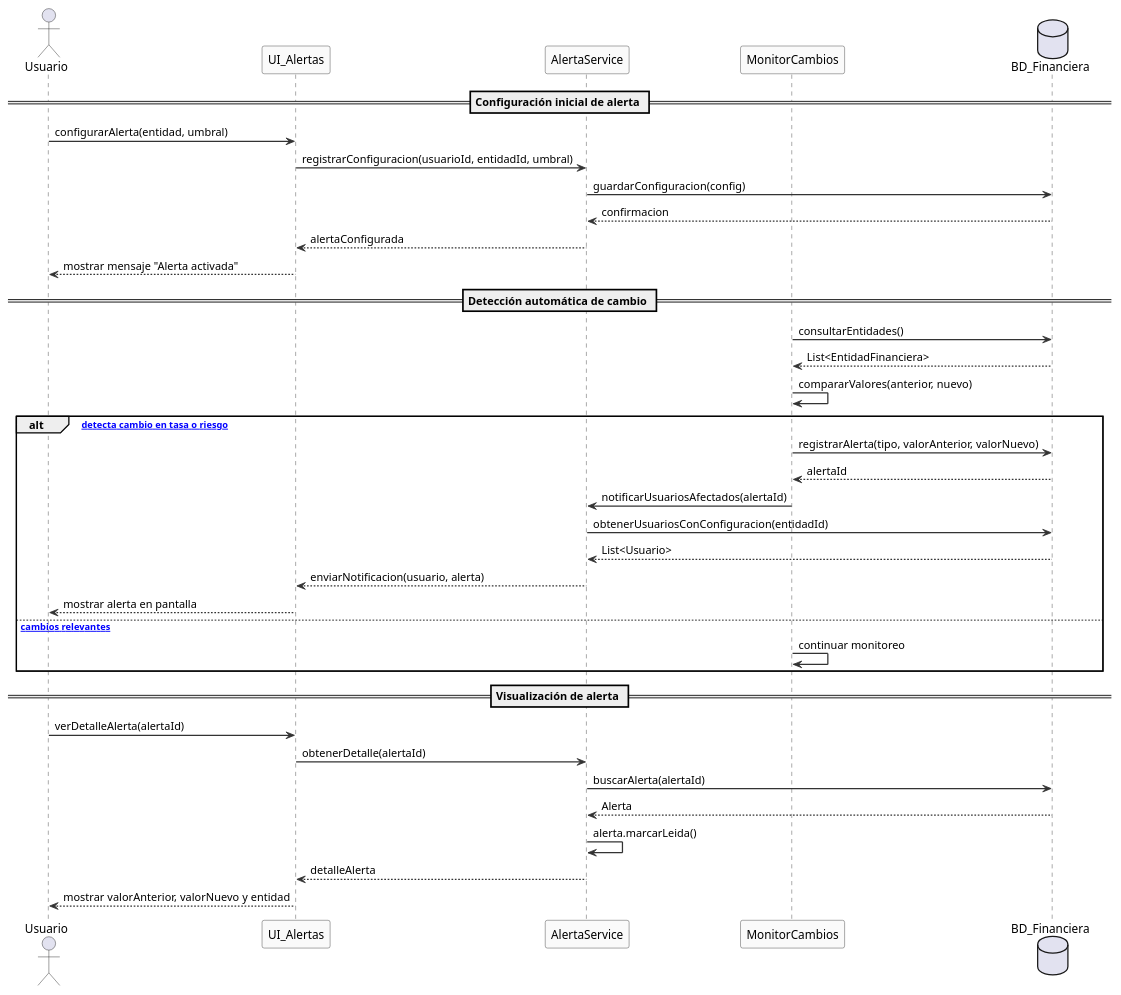
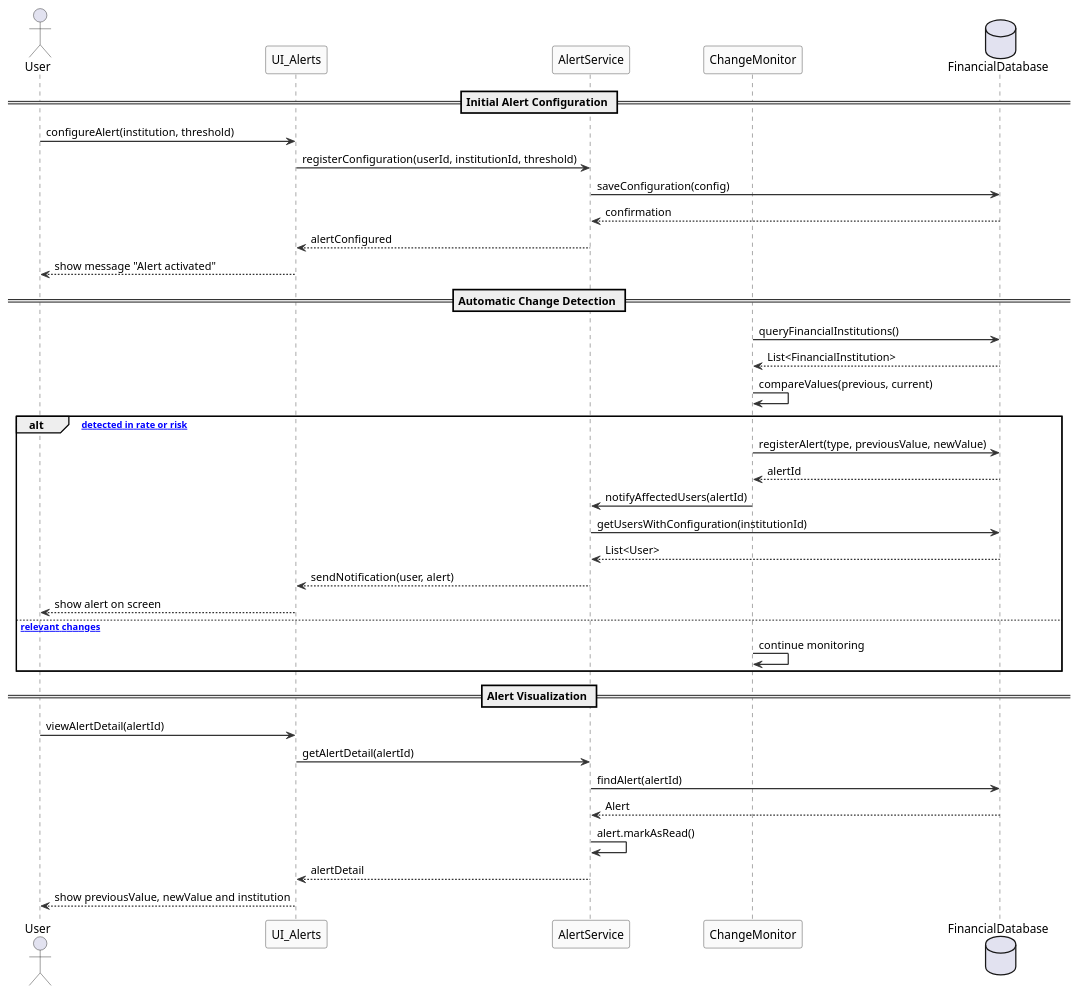
The diagram in RecibirAlertas3.puml (Rhoy16/yupay-finance-docs), drawn with PlantUML before and after one commit. The commit also changed 21 other files, not shown here.

Commit message:
Refactor UML diagrams: translate to English and apply standard naming conventions

```diff
--- a/RecibirAlertas3.puml
+++ b/RecibirAlertas3.puml
@@ -1,53 +1,53 @@
 @startuml c3_diagrama_secuencia
 
 skinparam sequenceArrowThickness 1.5
 skinparam sequenceParticipantBackgroundColor #FAFAFA
 skinparam sequenceParticipantBorderColor #333333
 skinparam sequenceLifeLineBorderColor #333333
 skinparam sequenceArrowColor #333333
 skinparam noteBorderColor #333333
 
-actor "Usuario" as Usuario
-participant "UI_Alertas" as UI
-participant "AlertaService" as Service
-participant "MonitorCambios" as Monitor
-database "BD_Financiera" as BD
+actor "User" as User
+participant "UI_Alerts" as UI
+participant "AlertService" as Service
+participant "ChangeMonitor" as Monitor
+database "FinancialDatabase" as BD
 
-== Configuración inicial de alerta ==
+== Initial Alert Configuration ==
 
-Usuario -> UI : configurarAlerta(entidad, umbral)
-UI -> Service : registrarConfiguracion(usuarioId, entidadId, umbral)
-Service -> BD : guardarConfiguracion(config)
-BD --> Service : confirmacion
-Service --> UI : alertaConfigurada
-UI --> Usuario : mostrar mensaje "Alerta activada"
+User -> UI : configureAlert(institution, threshold)
+UI -> Service : registerConfiguration(userId, institutionId, threshold)
+Service -> BD : saveConfiguration(config)
+BD --> Service : confirmation
+Service --> UI : alertConfigured
+UI --> User : show message "Alert activated"
 
-== Detección automática de cambio ==
+== Automatic Change Detection ==
 
-Monitor -> BD : consultarEntidades()
-BD --> Monitor : List<EntidadFinanciera>
-Monitor -> Monitor : compararValores(anterior, nuevo)
+Monitor -> BD : queryFinancialInstitutions()
+BD --> Monitor : List<FinancialInstitution>
+Monitor -> Monitor : compareValues(previous, current)
 
-alt [Se detecta cambio en tasa o riesgo]
-  Monitor -> BD : registrarAlerta(tipo, valorAnterior, valorNuevo)
-  BD --> Monitor : alertaId
-  Monitor -> Service : notificarUsuariosAfectados(alertaId)
-  Service -> BD : obtenerUsuariosConConfiguracion(entidadId)
-  BD --> Service : List<Usuario>
-  Service --> UI : enviarNotificacion(usuario, alerta)
-  UI --> Usuario : mostrar alerta en pantalla
-else [Sin cambios relevantes]
-  Monitor -> Monitor : continuar monitoreo
+alt [Change detected in rate or risk]
+  Monitor -> BD : registerAlert(type, previousValue, newValue)
+  BD --> Monitor : alertId
+  Monitor -> Service : notifyAffectedUsers(alertId)
+  Service -> BD : getUsersWithConfiguration(institutionId)
+  BD --> Service : List<User>
+  Service --> UI : sendNotification(user, alert)
+  UI --> User : show alert on screen
+else [No relevant changes]
+  Monitor -> Monitor : continue monitoring
 end
 
-== Visualización de alerta ==
+== Alert Visualization ==
 
-Usuario -> UI : verDetalleAlerta(alertaId)
-UI -> Service : obtenerDetalle(alertaId)
-Service -> BD : buscarAlerta(alertaId)
-BD --> Service : Alerta
-Service -> Service : alerta.marcarLeida()
-Service --> UI : detalleAlerta
-UI --> Usuario : mostrar valorAnterior, valorNuevo y entidad
+User -> UI : viewAlertDetail(alertId)
+UI -> Service : getAlertDetail(alertId)
+Service -> BD : findAlert(alertId)
+BD --> Service : Alert
+Service -> Service : alert.markAsRead()
+Service --> UI : alertDetail
+UI --> User : show previousValue, newValue and institution
 
 @enduml
```
